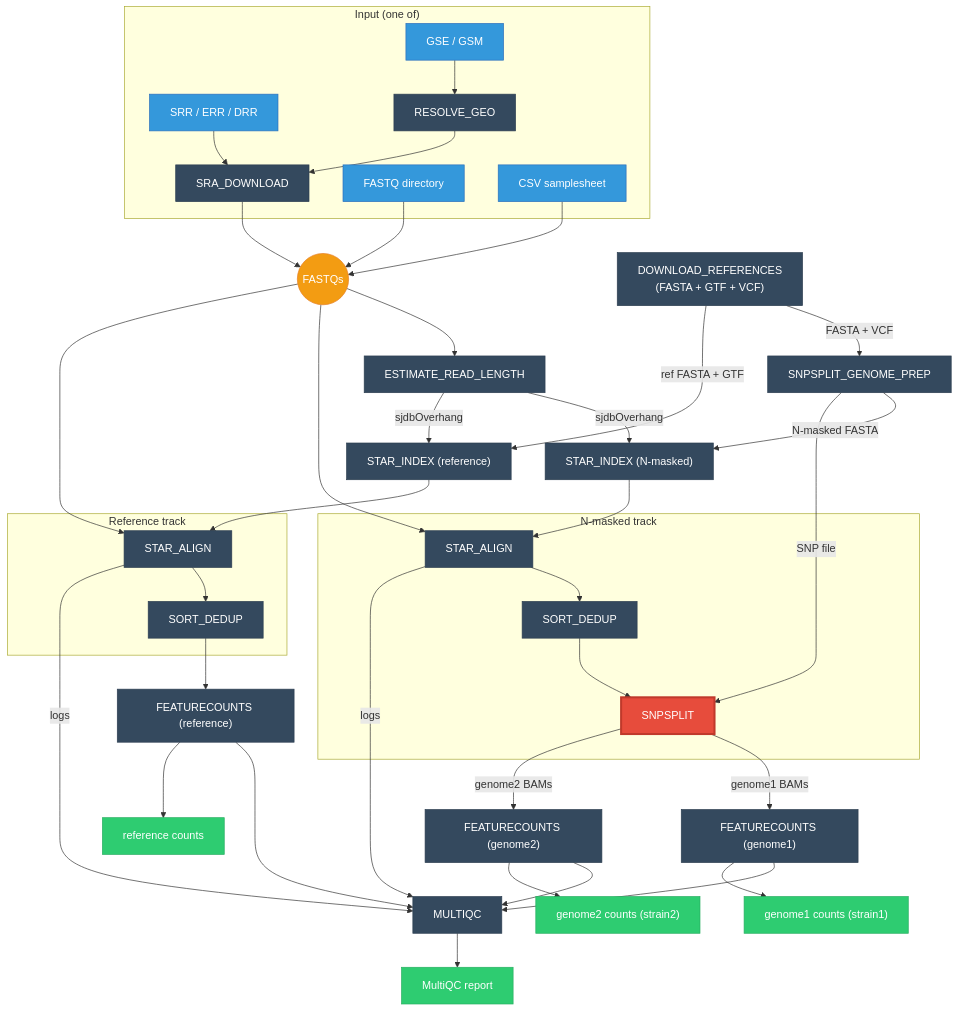
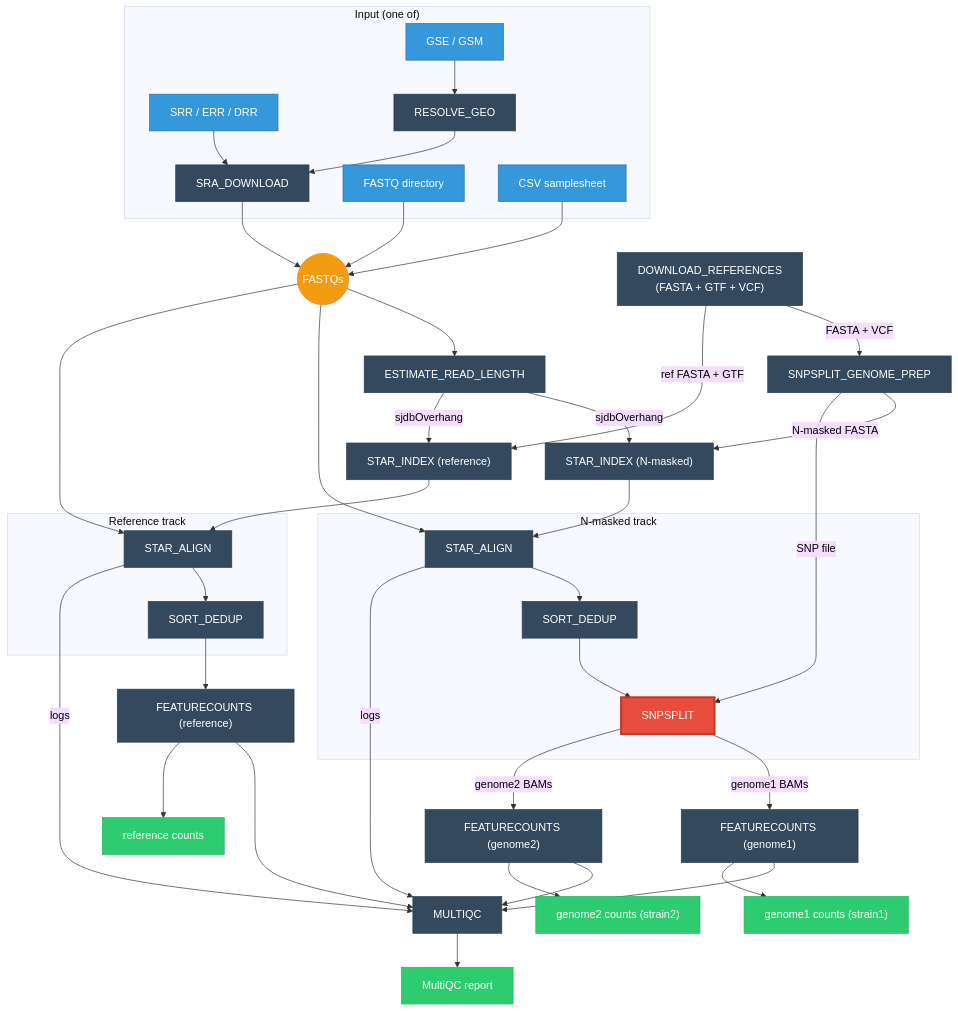
One commit to IPNP-BIPN/SPLIT changed the diagram in README.md. Above: the diagram before and after it, drawn with Mermaid.

Commit message:
fig: force white background + dark text for dark mode compat

````diff
--- a/README.md
+++ b/README.md
@@ -15,63 +15,64 @@
 ```mermaid
+%%{init: {'theme': 'base', 'themeVariables': {'background': '#ffffff', 'primaryTextColor': '#000000', 'lineColor': '#333333', 'textColor': '#000000', 'mainBkg': '#ffffff'}}}%%
 flowchart TD
     subgraph INPUT ["Input (one of)"]
         SRA["SRR / ERR / DRR"] --> SRA_DL["SRA_DOWNLOAD"]
         GEO["GSE / GSM"] --> RESOLVE["RESOLVE_GEO"] --> SRA_DL
         FQ_DIR["FASTQ directory"]
         CSV["CSV samplesheet"]
     end
 
     SRA_DL --> FASTQS(("FASTQs"))
     FQ_DIR --> FASTQS
     CSV --> FASTQS
 
     DOWNLOAD["DOWNLOAD_REFERENCES\n(FASTA + GTF + VCF)"] -->|"FASTA + VCF"| GPREP["SNPSPLIT_GENOME_PREP"]
 
     FASTQS --> READLEN["ESTIMATE_READ_LENGTH"]
 
     GPREP -->|"N-masked FASTA"| IDX1["STAR_INDEX (N-masked)"]
     DOWNLOAD -->|"ref FASTA + GTF"| IDX2["STAR_INDEX (reference)"]
     READLEN -->|"sjdbOverhang"| IDX1
     READLEN -->|"sjdbOverhang"| IDX2
 
     FASTQS --> A1 & A2
 
     subgraph TRACK1 ["N-masked track"]
         A1["STAR_ALIGN"] --> S1["SORT_DEDUP"] --> SNP["SNPSPLIT"]
     end
 
     subgraph TRACK2 ["Reference track"]
         A2["STAR_ALIGN"] --> S2["SORT_DEDUP"]
     end
 
     IDX1 --> A1
     IDX2 --> A2
     GPREP -->|"SNP file"| SNP
 
     SNP -->|"genome1 BAMs"| FC1["FEATURECOUNTS (genome1)"]
     SNP -->|"genome2 BAMs"| FC2["FEATURECOUNTS (genome2)"]
     S2 --> FC3["FEATURECOUNTS (reference)"]
 
     FC1 --> MQC["MULTIQC"]
     FC2 --> MQC
     FC3 --> MQC
     A1 -->|"logs"| MQC
     A2 -->|"logs"| MQC
 
     FC1 --> O1["genome1 counts (strain1)"]
     FC2 --> O2["genome2 counts (strain2)"]
     FC3 --> O3["reference counts"]
     MQC --> O4["MultiQC report"]
 
     classDef input fill:#3498db,stroke:#2c6fbb,color:#fff
     classDef process fill:#34495e,stroke:#2c3e50,color:#fff
     classDef key fill:#e74c3c,stroke:#c0392b,color:#fff,stroke-width:3px
     classDef output fill:#2ecc71,stroke:#27ae60,color:#fff
     classDef data fill:#f39c12,stroke:#e67e22,color:#fff
 
     class SRA,GEO,FQ_DIR,CSV input
     class SRA_DL,RESOLVE,DOWNLOAD,GPREP,IDX1,IDX2,READLEN,A1,S1,A2,S2,FC1,FC2,FC3,MQC process
     class SNP key
     class O1,O2,O3,O4 output
     class FASTQS data
 ```
````
